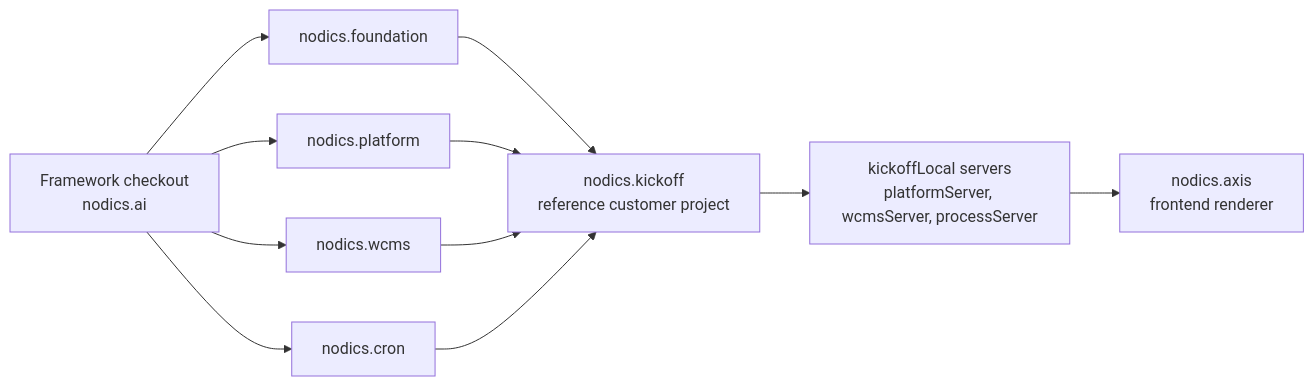
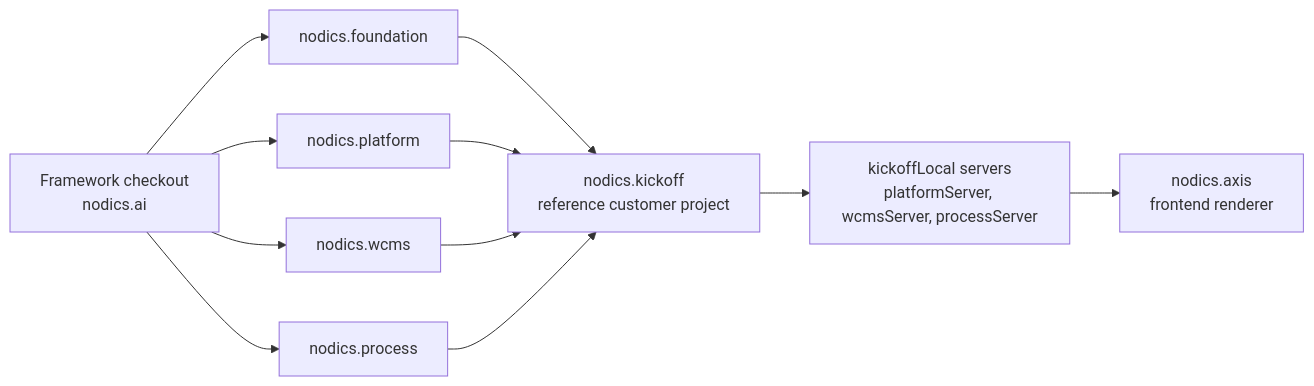
The second of 2 diagrams in docs/pages/project-overview.md (Nodics/nodics.kickoff), drawn with Mermaid before and after one commit. The commit also changed other lines of this file and 6 other files, not shown here.

````diff
--- a/docs/pages/project-overview.md
+++ b/docs/pages/project-overview.md
@@ -136,13 +136,13 @@
 ```mermaid
 flowchart LR
   FrameworkRoot["Framework checkout<br/>nodics.ai"] --> Core["nodics.foundation"]
   FrameworkRoot --> Platform["nodics.platform"]
   FrameworkRoot --> WCMS["nodics.wcms"]
-  FrameworkRoot --> Cron["nodics.cron"]
+  FrameworkRoot --> Cron["nodics.process"]
   Core --> Project["nodics.kickoff<br/>reference customer project"]
   Platform --> Project
   WCMS --> Project
   Cron --> Project
   Project --> Servers["kickoffLocal servers<br/>platformServer, wcmsServer, processServer"]
   Servers --> Axis["nodics.axis<br/>frontend renderer"]
 ```
````
